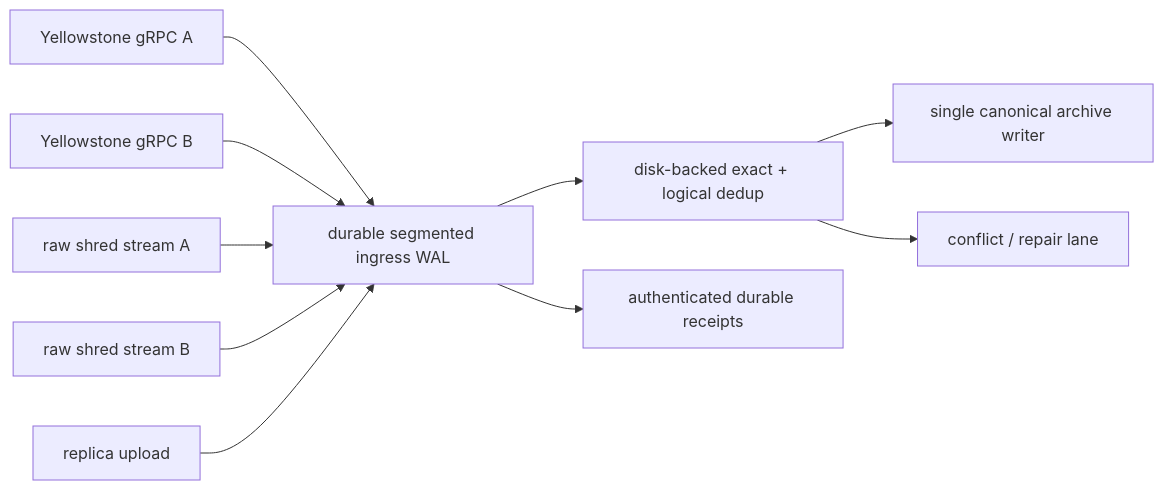
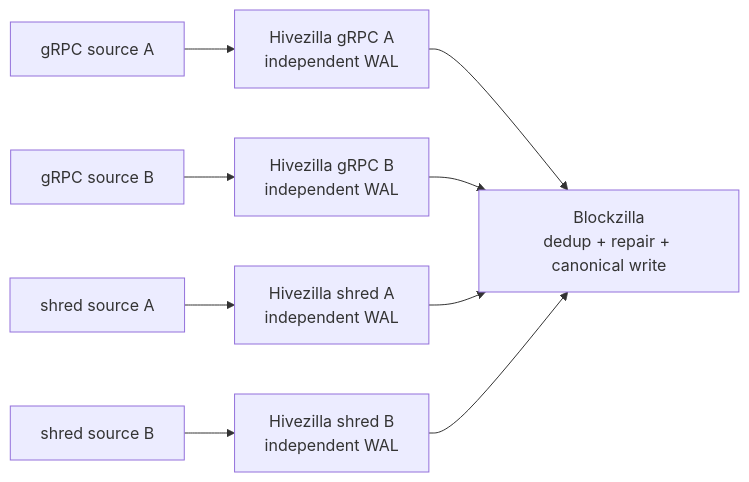
One commit to FernoLabs/blockzilla changed the diagram in docs/design/live-ingest-redundancy.md. Above: the diagram before and after it, drawn with Mermaid. The commit also changed other lines of this file and 114 other files, not shown here.

````diff
--- a/docs/design/live-ingest-redundancy.md
+++ b/docs/design/live-ingest-redundancy.md
@@ -14,12 +118,11 @@
 ```mermaid
 flowchart LR
-    G1["Yellowstone gRPC A"] --> W["durable segmented ingress WAL"]
-    G2["Yellowstone gRPC B"] --> W
-    S1["raw shred stream A"] --> W
-    S2["raw shred stream B"] --> W
-    R["replica upload"] --> W
-    W --> D["disk-backed exact + logical dedup"]
-    D --> A["single canonical archive writer"]
-    D --> C["conflict / repair lane"]
-    W --> P["authenticated durable receipts"]
+    G1["gRPC source A"] --> H1["Hivezilla gRPC A<br/>independent WAL"]
+    G2["gRPC source B"] --> H2["Hivezilla gRPC B<br/>independent WAL"]
+    S1["shred source A"] --> H3["Hivezilla shred A<br/>independent WAL"]
+    S2["shred source B"] --> H4["Hivezilla shred B<br/>independent WAL"]
+    H1 --> B["Blockzilla<br/>dedup + repair + canonical write"]
+    H2 --> B
+    H3 --> B
+    H4 --> B
 ```
````
